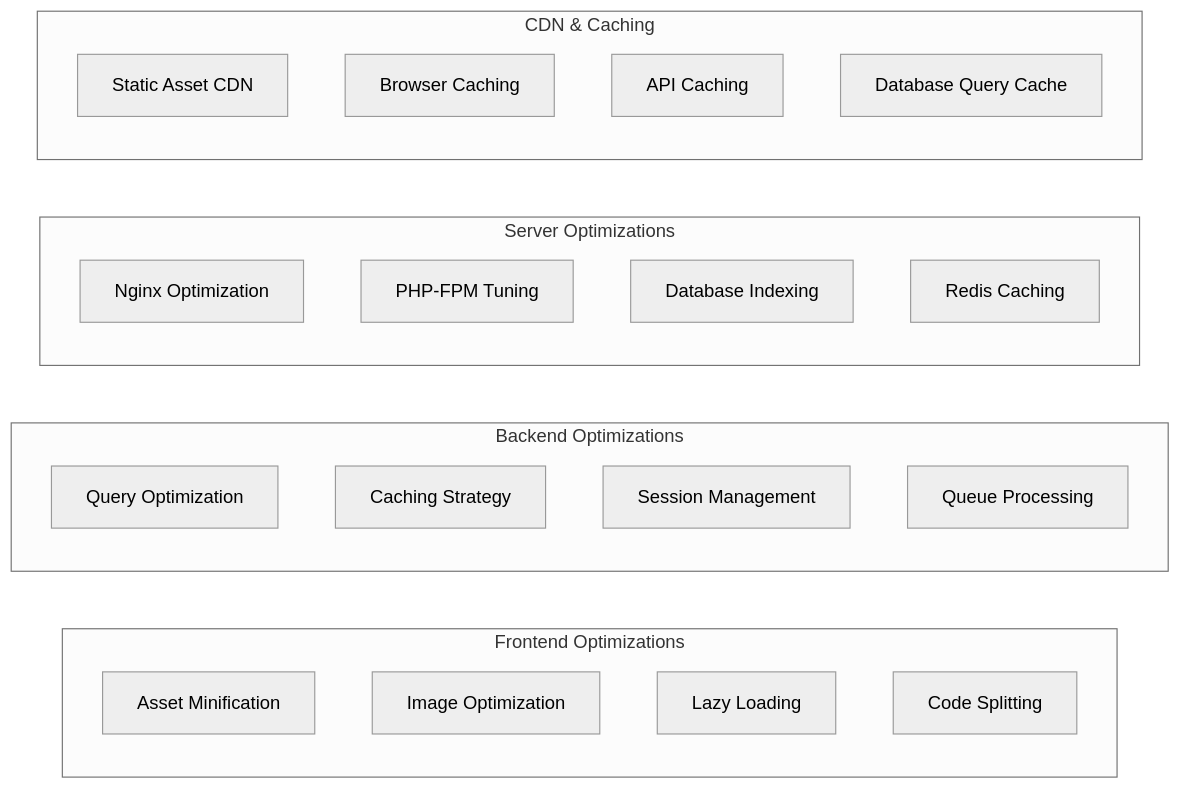
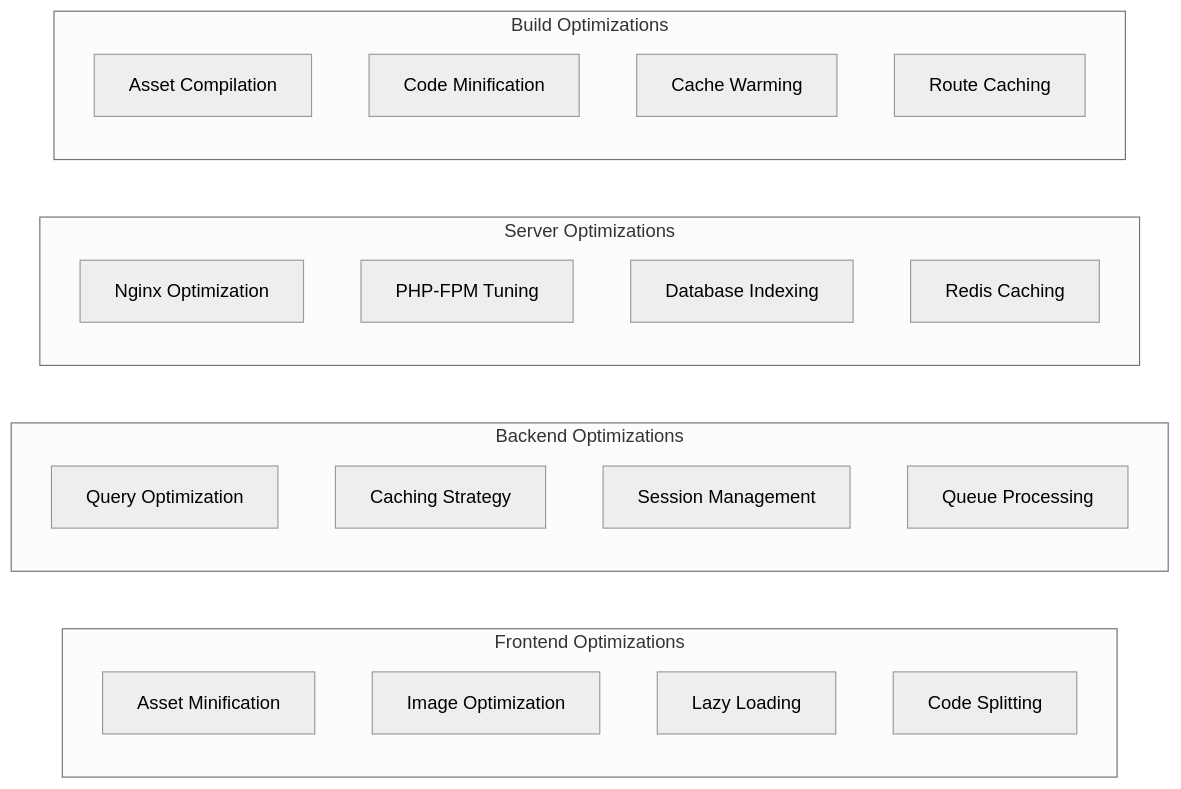
The tenth of 11 diagrams in README.md (el-pablos/caturnawa-uf-2025), drawn with Mermaid (neutral theme) before and after one commit. The commit also changed other lines of this file and 15 other files, not shown here.

````diff
--- a/README.md
+++ b/README.md
@@ -891,30 +918,30 @@
 ```mermaid
 graph LR
     subgraph "Frontend Optimizations"
         A1[Asset Minification]
         A2[Image Optimization]
         A3[Lazy Loading]
         A4[Code Splitting]
     end
     
     subgraph "Backend Optimizations"
         B1[Query Optimization]
         B2[Caching Strategy]
         B3[Session Management]
         B4[Queue Processing]
     end
     
     subgraph "Server Optimizations"
         C1[Nginx Optimization]
         C2[PHP-FPM Tuning]
         C3[Database Indexing]
         C4[Redis Caching]
     end
     
-    subgraph "CDN & Caching"
-        D1[Static Asset CDN]
-        D2[Browser Caching]
-        D3[API Caching]
-        D4[Database Query Cache]
+    subgraph "Build Optimizations"
+        D1[Asset Compilation]
+        D2[Code Minification]
+        D3[Cache Warming]
+        D4[Route Caching]
     end
 ```
````
